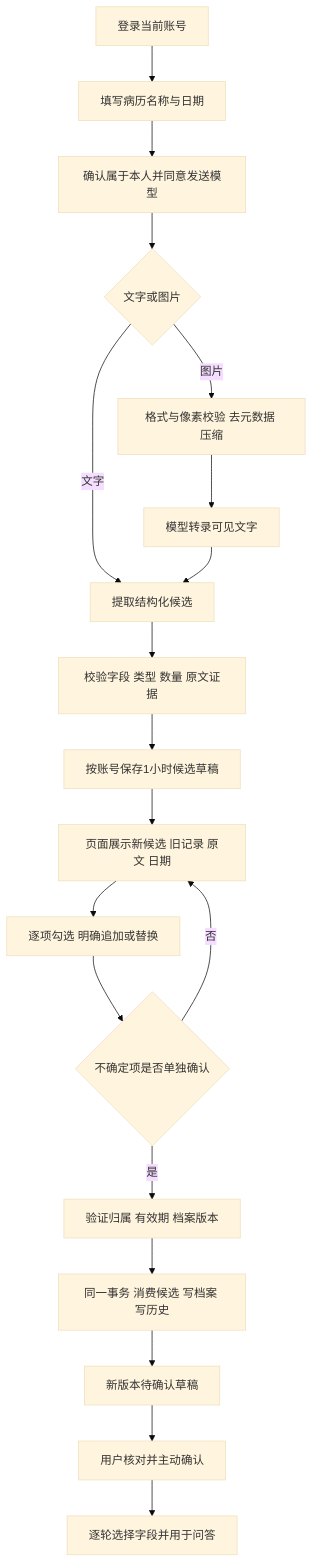
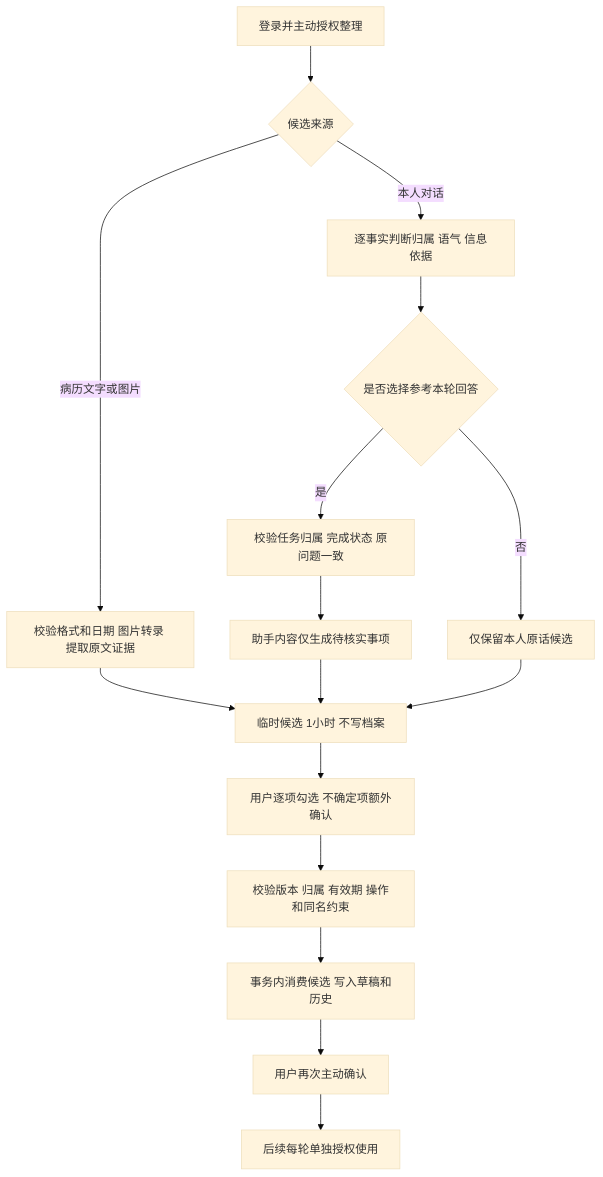
One commit to wuyifan2233/medix-agent-swarm-20261028 changed the first of 3 diagrams in docs/PERSONALIZATION-FLOW.md. Above: the diagram before and after it, drawn with Mermaid (base theme). The commit also changed other lines of this file and 1 other file, not shown here.

Commit message:
docs(personalization): consolidate current API and technical flows

````diff
--- a/docs/PERSONALIZATION-FLOW.md
+++ b/docs/PERSONALIZATION-FLOW.md
@@ -46,21 +42,18 @@
 ```mermaid
 flowchart TD
-  A[登录当前账号] --> B[填写病历名称与日期]
-  B --> C[确认属于本人并同意发送模型]
-  C --> D{文字或图片}
-  D -->|图片| E[格式与像素校验 去元数据 压缩]
-  E --> F[模型转录可见文字]
-  D -->|文字| G[提取结构化候选]
-  F --> G
-  G --> H[校验字段 类型 数量 原文证据]
-  H --> I[按账号保存1小时候选草稿]
-  I --> J[页面展示新候选 旧记录 原文 日期]
-  J --> K[逐项勾选 明确追加或替换]
-  K --> L{不确定项是否单独确认}
-  L -->|否| J
-  L -->|是| M[验证归属 有效期 档案版本]
-  M --> N[同一事务 消费候选 写档案 写历史]
-  N --> O[新版本待确认草稿]
-  O --> P[用户核对并主动确认]
-  P --> Q[逐轮选择字段并用于问答]
+  A[登录并主动授权整理] --> B{候选来源}
+  B -->|病历文字或图片| C[校验格式和日期 图片转录 提取原文证据]
+  B -->|本人对话| D[逐事实判断归属 语气 信息依据]
+  D --> E{是否选择参考本轮回答}
+  E -->|是| F[校验任务归属 完成状态 原问题一致]
+  F --> G[助手内容仅生成待核实事项]
+  E -->|否| H[仅保留本人原话候选]
+  C --> I[临时候选 1小时 不写档案]
+  G --> I
+  H --> I
+  I --> J[用户逐项勾选 不确定项额外确认]
+  J --> K[校验版本 归属 有效期 操作和同名约束]
+  K --> L[事务内消费候选 写入草稿和历史]
+  L --> M[用户再次主动确认]
+  M --> N[后续每轮单独授权使用]
 ```
````
